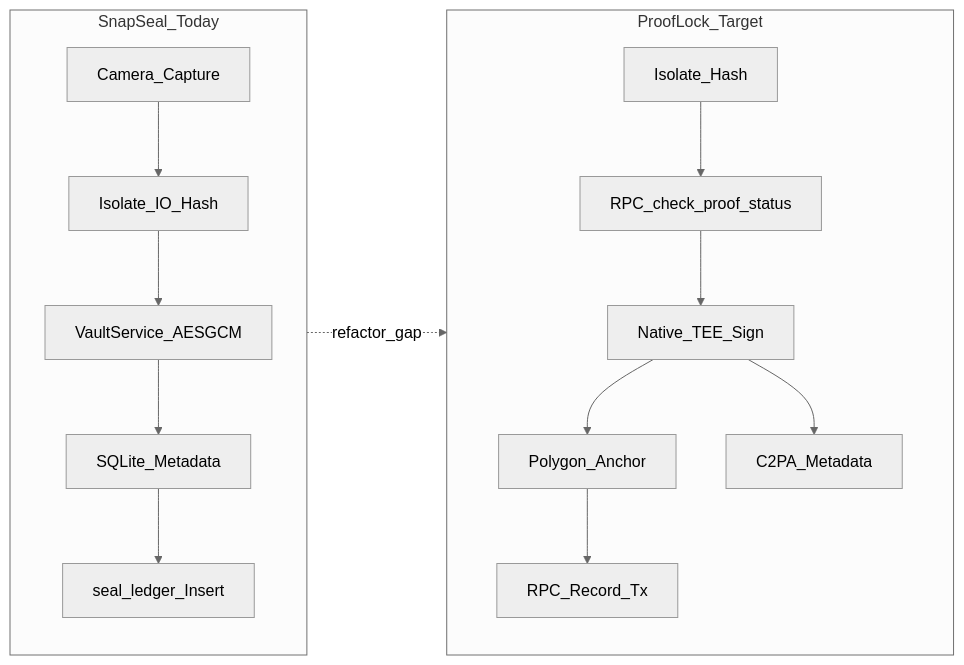
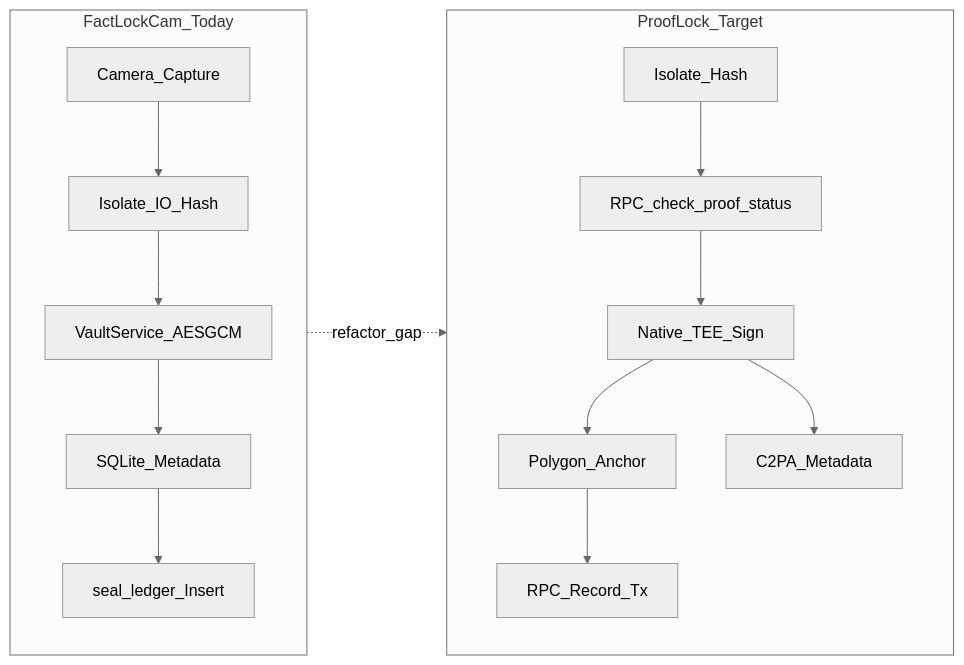
One commit to PensorCTO/SnapSeal changed the diagram in wiki/analyses/ProofLock_Refactor_Scope.md. Above: the diagram before and after it, drawn with Mermaid (neutral theme). The commit also changed other lines of this file and 58 other files, not shown here.

Commit message:
Name refactor to FactLockCam

````diff
--- a/wiki/analyses/ProofLock_Refactor_Scope.md
+++ b/wiki/analyses/ProofLock_Refactor_Scope.md
@@ -14,22 +14,22 @@
 ```mermaid
 flowchart LR
-  subgraph today [SnapSeal_Today]
+  subgraph today [FactLockCam_Today]
     Cam[Camera_Capture]
     Iso[Isolate_IO_Hash]
     Vault[VaultService_AESGCM]
     Sql[SQLite_Metadata]
     Led[seal_ledger_Insert]
     Cam --> Iso --> Vault --> Sql --> Led
   end
   subgraph target [ProofLock_Target]
     Pre[RPC_check_proof_status]
     Tee[Native_TEE_Sign]
     Poly[Polygon_Anchor]
     RpcW[RPC_Record_Tx]
     C2pa[C2PA_Metadata]
     Iso2[Isolate_Hash]
     Iso2 --> Pre --> Tee --> Poly --> RpcW
     Tee --> C2pa
   end
   today -.->|refactor_gap| target
 ```
````
